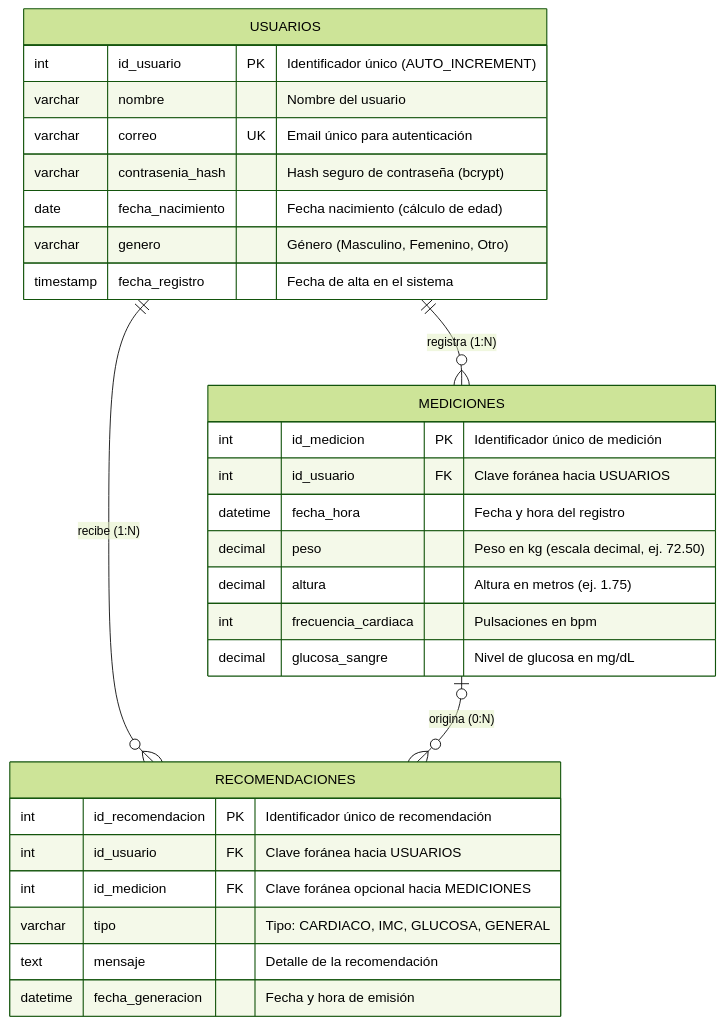
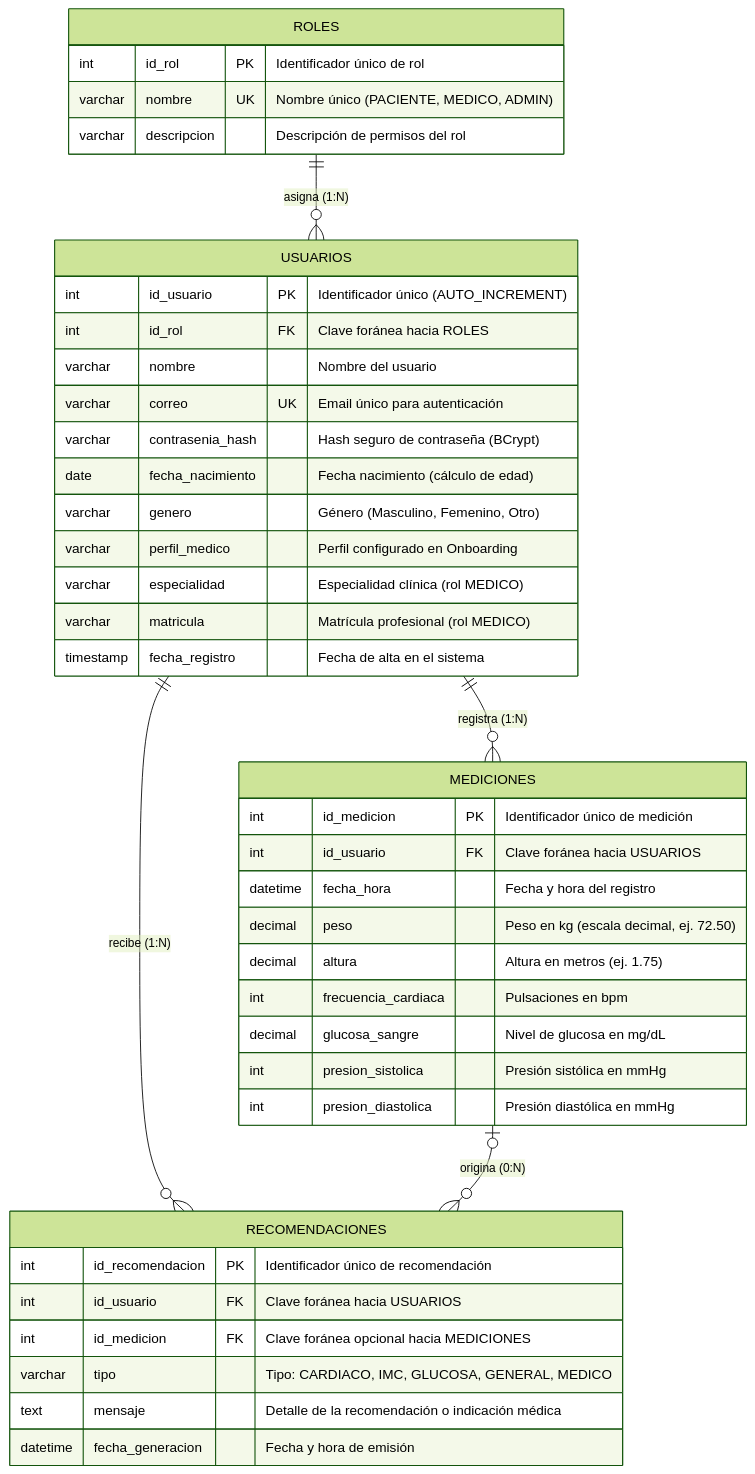
One commit to vcssoff/TuSalud changed the second of 2 diagrams in Docs/Diagrama_BD_Infra.md. Above: the diagram before and after it, drawn with Mermaid (forest theme). The commit also changed other lines of this file and 8 other files, not shown here.

````diff
--- a/Docs/Diagrama_BD_Infra.md
+++ b/Docs/Diagrama_BD_Infra.md
@@ -32,35 +42,48 @@
 ```mermaid
 erDiagram
+    ROLES ||--o{ USUARIOS : "asigna (1:N)"
     USUARIOS ||--o{ MEDICIONES : "registra (1:N)"
     USUARIOS ||--o{ RECOMENDACIONES : "recibe (1:N)"
     MEDICIONES |o--o{ RECOMENDACIONES : "origina (0:N)"
 
+    ROLES {
+        int id_rol PK "Identificador único de rol"
+        varchar nombre UK "Nombre único (PACIENTE, MEDICO, ADMIN)"
+        varchar descripcion "Descripción de permisos del rol"
+    }
+
     USUARIOS {
         int id_usuario PK "Identificador único (AUTO_INCREMENT)"
+        int id_rol FK "Clave foránea hacia ROLES"
         varchar nombre "Nombre del usuario"
         varchar correo UK "Email único para autenticación"
-        varchar contrasenia_hash "Hash seguro de contraseña (bcrypt)"
+        varchar contrasenia_hash "Hash seguro de contraseña (BCrypt)"
         date fecha_nacimiento "Fecha nacimiento (cálculo de edad)"
         varchar genero "Género (Masculino, Femenino, Otro)"
+        varchar perfil_medico "Perfil configurado en Onboarding"
+        varchar especialidad "Especialidad clínica (rol MEDICO)"
+        varchar matricula "Matrícula profesional (rol MEDICO)"
         timestamp fecha_registro "Fecha de alta en el sistema"
     }
 
     MEDICIONES {
         int id_medicion PK "Identificador único de medición"
         int id_usuario FK "Clave foránea hacia USUARIOS"
         datetime fecha_hora "Fecha y hora del registro"
         decimal peso "Peso en kg (escala decimal, ej. 72.50)"
         decimal altura "Altura en metros (ej. 1.75)"
         int frecuencia_cardiaca "Pulsaciones en bpm"
         decimal glucosa_sangre "Nivel de glucosa en mg/dL"
+        int presion_sistolica "Presión sistólica en mmHg"
+        int presion_diastolica "Presión diastólica en mmHg"
     }
 
     RECOMENDACIONES {
         int id_recomendacion PK "Identificador único de recomendación"
         int id_usuario FK "Clave foránea hacia USUARIOS"
         int id_medicion FK "Clave foránea opcional hacia MEDICIONES"
-        varchar tipo "Tipo: CARDIACO, IMC, GLUCOSA, GENERAL"
-        text mensaje "Detalle de la recomendación"
+        varchar tipo "Tipo: CARDIACO, IMC, GLUCOSA, GENERAL, MEDICO"
+        text mensaje "Detalle de la recomendación o indicación médica"
         datetime fecha_generacion "Fecha y hora de emisión"
     }
 ```
````
